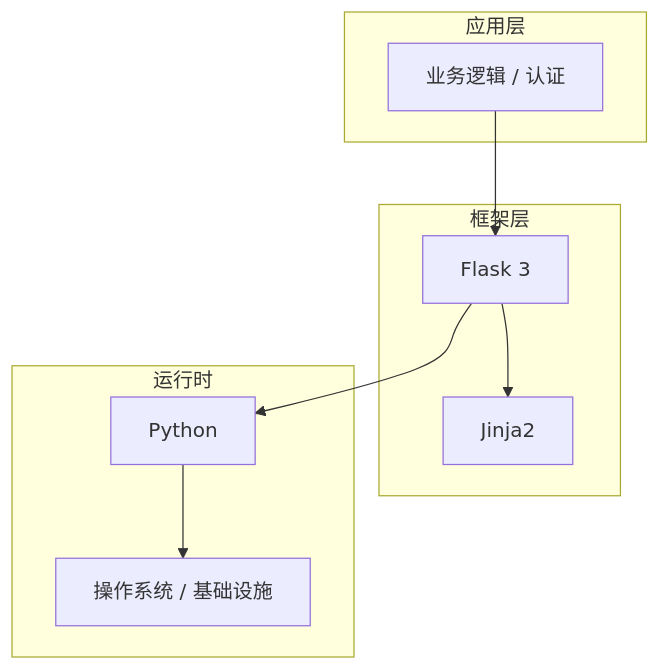
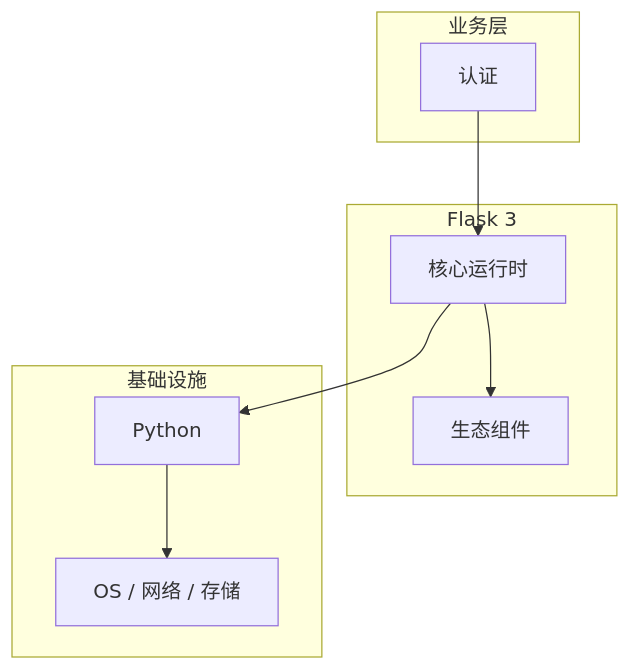
One commit to yanggan2015/knowledge-json-v2 changed the diagram in articles/Flask/chapters/041-认证核心概念与原理.md. Above: the diagram before and after it, drawn with Mermaid. The commit also changed other lines of this file and 10127 other files, not shown here.

````diff
--- a/articles/Flask/chapters/041-认证核心概念与原理.md
+++ b/articles/Flask/chapters/041-认证核心概念与原理.md
@@ -45,18 +34,18 @@
 ```mermaid
 graph TB
-    subgraph 应用层
-        A[业务逻辑 / 认证]
+    subgraph 业务层
+        A[认证]
     end
-    subgraph 框架层
-        B[Flask 3]
-        C[Jinja2]
+    subgraph Flask 3
+        B[核心运行时]
+        C[生态组件]
     end
-    subgraph 运行时
+    subgraph 基础设施
         D[Python]
-        E[操作系统 / 基础设施]
+        E[OS / 网络 / 存储]
     end
     A --> B
     B --> C
     B --> D
     D --> E
 ```
````
